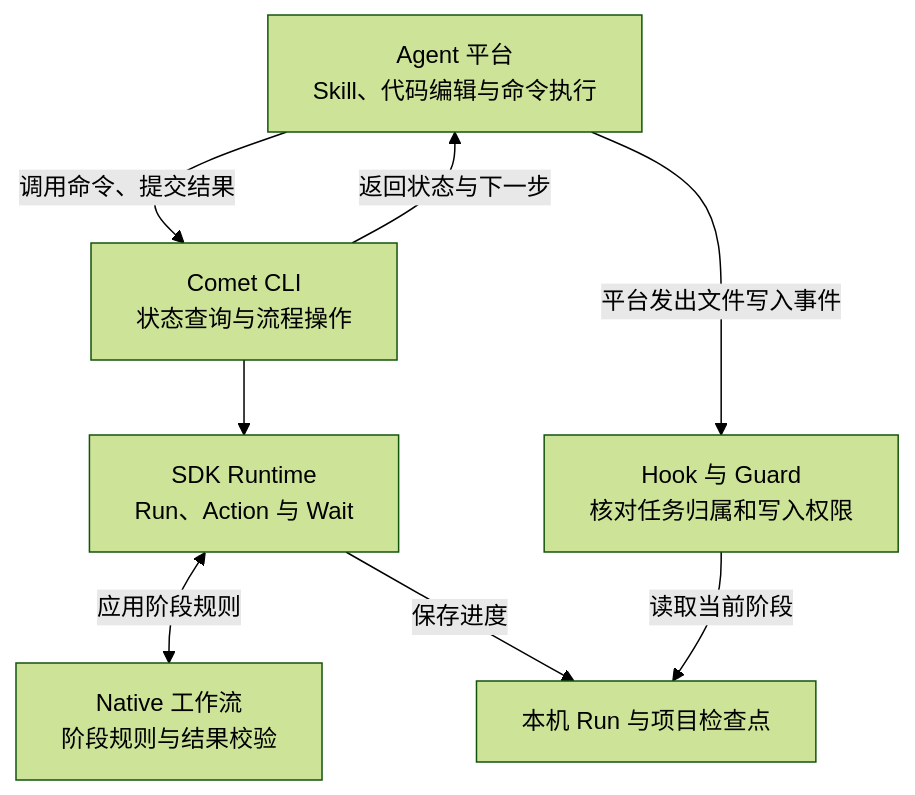
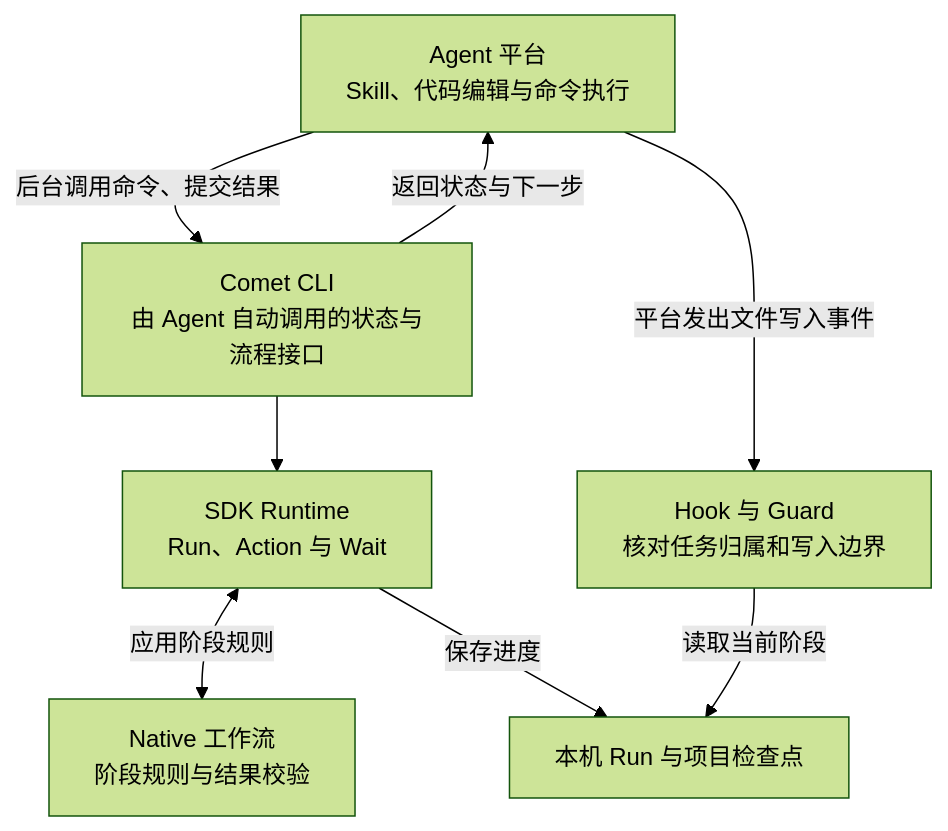
Before and after one commit to rpamis/comet-website-docs: the diagram in zh/native/runtime.mdx, drawn with Mermaid (forest theme). The commit also changed other lines of this file and 102 other files, not shown here.

````diff
--- a/zh/native/runtime.mdx
+++ b/zh/native/runtime.mdx
@@ -8,16 +8,16 @@
 ```mermaid
 flowchart TD
   Agent["Agent 平台<br/>Skill、代码编辑与命令执行"]
-  CLI["Comet CLI<br/>状态查询与流程操作"]
+  CLI["Comet CLI<br/>由 Agent 自动调用的状态与流程接口"]
   Runtime["SDK Runtime<br/>Run、Action 与 Wait"]
   Native["Native 工作流<br/>阶段规则与结果校验"]
   State["本机 Run 与项目检查点"]
-  Guard["Hook 与 Guard<br/>核对任务归属和写入权限"]
-  Agent -->|"调用命令、提交结果"| CLI
+  Guard["Hook 与 Guard<br/>核对任务归属和写入边界"]
+  Agent -->|"后台调用命令、提交结果"| CLI
   CLI -->|"返回状态与下一步"| Agent
   CLI --> Runtime
   Runtime <-->|"应用阶段规则"| Native
   Runtime -->|"保存进度"| State
   Agent -->|"平台发出文件写入事件"| Guard
   Guard -->|"读取当前阶段"| State
 ```
````
